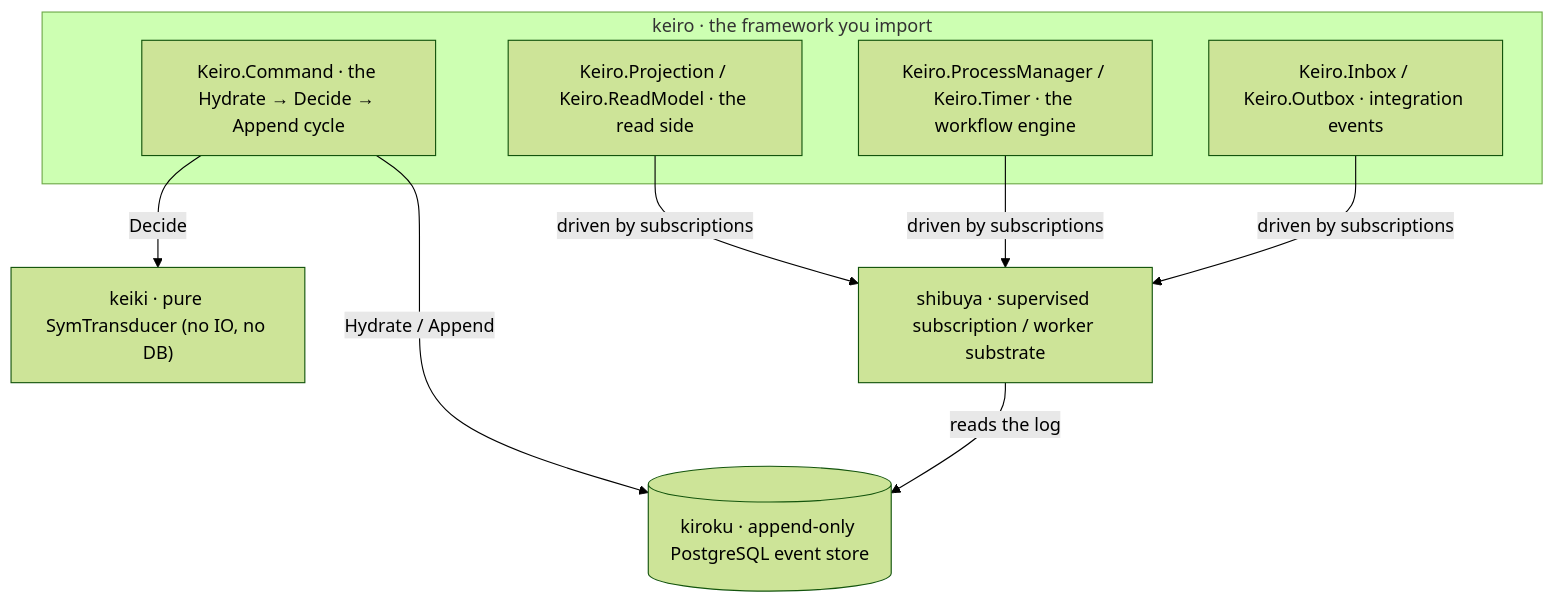
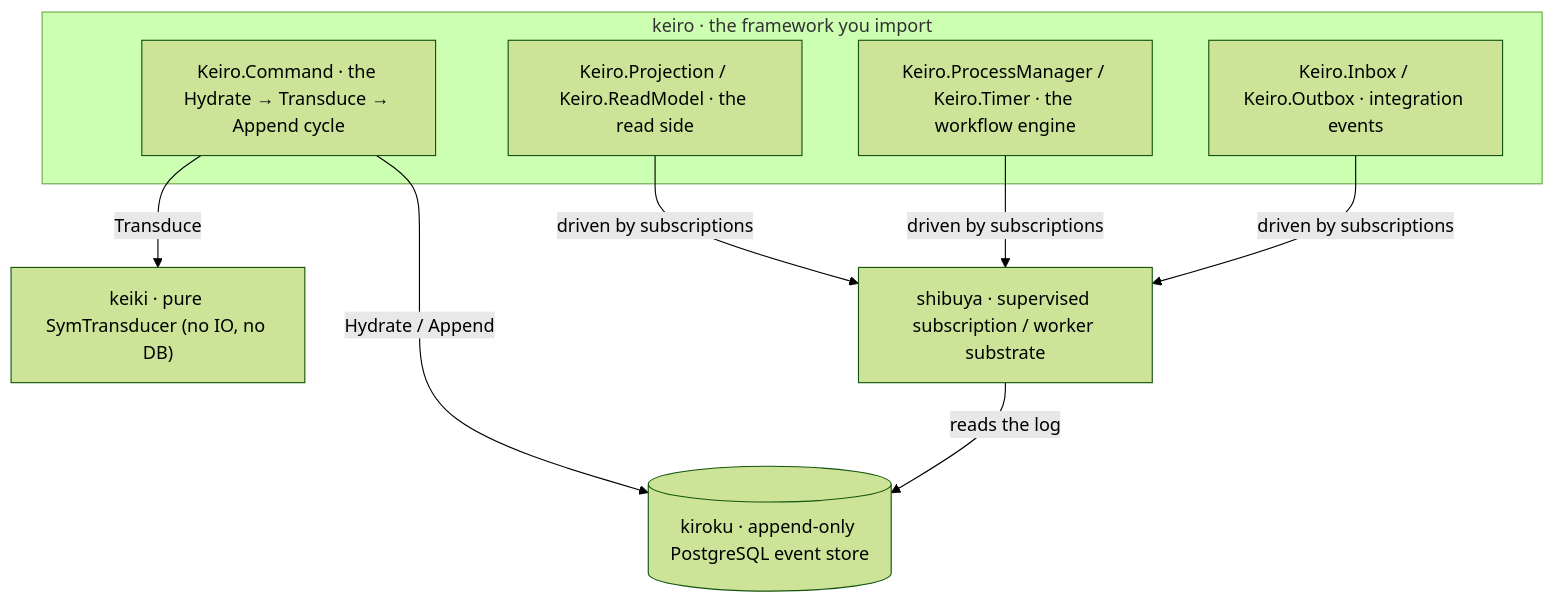
Before and after one commit to shinzui/keiro-runtime-docs: the first of 2 diagrams in content/docs/keiro/explanation/the-keiro-stack.mdx, drawn with Mermaid (forest theme). The commit also changed other lines of this file and 12 other files, not shown here.

First line of the commit message:
docs(keiro): rename command-cycle phase Decide → Transduce; add transducer primer

````diff
--- a/content/docs/keiro/explanation/the-keiro-stack.mdx
+++ b/content/docs/keiro/explanation/the-keiro-stack.mdx
@@ -13,19 +13,19 @@
 ```mermaid
 flowchart TD
   subgraph keiro["keiro · the framework you import"]
-    Cmd["Keiro.Command · the Hydrate → Decide → Append cycle"]
+    Cmd["Keiro.Command · the Hydrate → Transduce → Append cycle"]
     Read["Keiro.Projection / Keiro.ReadModel · the read side"]
     WF["Keiro.ProcessManager / Keiro.Timer · the workflow engine"]
     Int["Keiro.Inbox / Keiro.Outbox · integration events"]
   end
   Keiki["keiki · pure SymTransducer (no IO, no DB)"]
   Kiroku[("kiroku · append-only PostgreSQL event store")]
   Shibuya["shibuya · supervised subscription / worker substrate"]
 
-  Cmd -->|"Decide"| Keiki
+  Cmd -->|"Transduce"| Keiki
   Cmd -->|"Hydrate / Append"| Kiroku
   Read -->|"driven by subscriptions"| Shibuya
   WF -->|"driven by subscriptions"| Shibuya
   Int -->|"driven by subscriptions"| Shibuya
   Shibuya -->|"reads the log"| Kiroku
 ```
````
